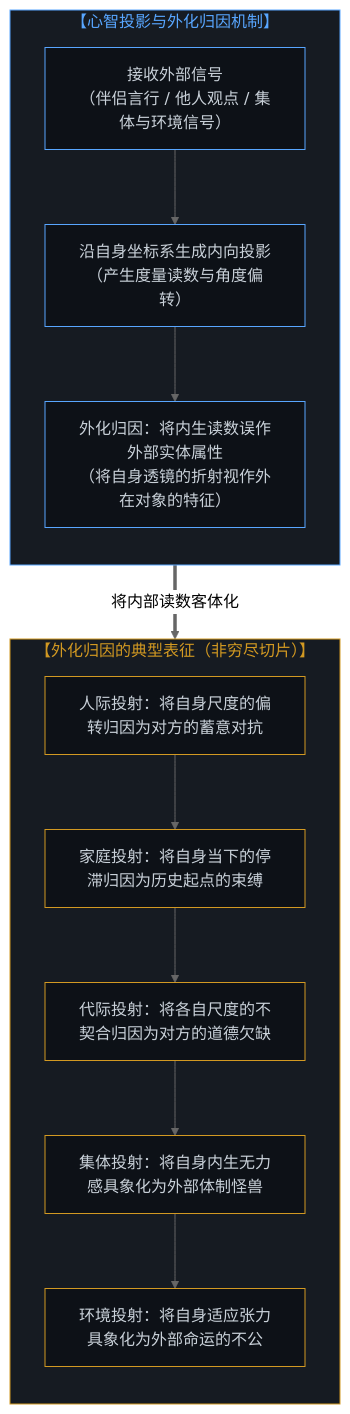
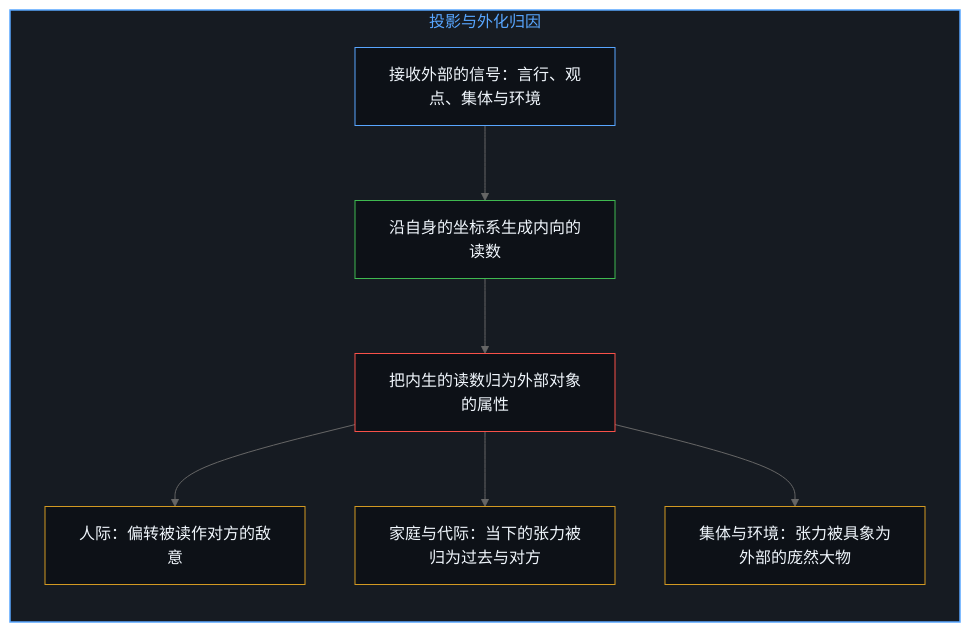
One commit to powerpig99/not-a-toe changed the first of 10 diagrams in content/posts/the-illusion-of-knowing-and-the-geometry-of-amputation.md. Above: the diagram before and after it, drawn with Mermaid (neutral theme). The commit also changed other lines of this file and 2 other files, not shown here.

Commit message:
Refine the-illusion-of-knowing: alternating bilingual layout, five paired diagrams, implicit first person

````diff
--- a/content/posts/the-illusion-of-knowing-and-the-geometry-of-amputation.md
+++ b/content/posts/the-illusion-of-knowing-and-the-geometry-of-amputation.md
@@ -17,33 +17,25 @@
 ```mermaid
-graph TD
-    subgraph S_Projection["【心智投影与外化归因机制】"]
+flowchart TD
+    subgraph S_Outward["投影与外化归因"]
         direction TB
-        C1["接收外部信号<br>（伴侣言行 / 他人观点 / 集体与环境信号）"]
-        C2["沿自身坐标系生成内向投影<br>（产生度量读数与角度偏转）"]
-        C3["外化归因：将内生读数误作外部实体属性<br>（将自身透镜的折射视作外在对象的特征）"]
-        C1 --> C2 --> C3
+        Signal["接收外部的信号：言行、观点、集体与环境"]
+        Reading["沿自身的坐标系生成内向的读数"]
+        Assign["把内生的读数归为外部对象的属性"]
+        Person["人际：偏转被读作对方的敌意"]
+        Origin["家庭与代际：当下的张力被归为过去与对方"]
+        Giant["集体与环境：张力被具象为外部的庞然大物"]
+        Signal --> Reading
+        Reading --> Assign
+        Assign --> Person
+        Assign --> Origin
+        Assign --> Giant
     end
 
-    subgraph S_Phenomena["【外化归因的典型表征（非穷尽切片）】"]
-        direction TB
-        R1["人际投射：将自身尺度的偏转归因为对方的蓄意对抗"]
-        R2["家庭投射：将自身当下的停滞归因为历史起点的束缚"]
-        R3["代际投射：将各自尺度的不契合归因为对方的道德欠缺"]
-        R4["集体投射：将自身内生无力感具象化为外部体制怪兽"]
-        R5["环境投射：将自身适应张力具象化为外部命运的不公"]
-        R1 --> R2 --> R3 --> R4 --> R5
-    end
-
-    C3 ==>|"将内部读数客体化"| R1
-
-    style S_Projection fill:#161b22,stroke:#58a6ff,stroke-width:1px,color:#58a6ff
-    style S_Phenomena fill:#161b22,stroke:#d29922,stroke-width:1px,color:#d29922
-    style C1 fill:#0d1117,stroke:#58a6ff,stroke-width:1px,color:#c9d1d9
-    style C2 fill:#0d1117,stroke:#58a6ff,stroke-width:1px,color:#c9d1d9
-    style C3 fill:#0d1117,stroke:#58a6ff,stroke-width:1px,color:#c9d1d9
-    style R1 fill:#0d1117,stroke:#d29922,stroke-width:1px,color:#c9d1d9
-    style R2 fill:#0d1117,stroke:#d29922,stroke-width:1px,color:#c9d1d9
-    style R3 fill:#0d1117,stroke:#d29922,stroke-width:1px,color:#c9d1d9
-    style R4 fill:#0d1117,stroke:#d29922,stroke-width:1px,color:#c9d1d9
-    style R5 fill:#0d1117,stroke:#d29922,stroke-width:1px,color:#c9d1d9
+    style S_Outward fill:#161b22,stroke:#58a6ff,stroke-width:1.5px,color:#58a6ff
+    style Signal fill:#0d1117,stroke:#58a6ff,stroke-width:1px,color:#f0f6fc
+    style Reading fill:#0d1117,stroke:#3fb950,stroke-width:1px,color:#f0f6fc
+    style Assign fill:#0d1117,stroke:#f85149,stroke-width:1px,color:#f0f6fc
+    style Person fill:#0d1117,stroke:#d29922,stroke-width:1px,color:#f0f6fc
+    style Origin fill:#0d1117,stroke:#d29922,stroke-width:1px,color:#f0f6fc
+    style Giant fill:#0d1117,stroke:#d29922,stroke-width:1px,color:#f0f6fc
 ```
````
